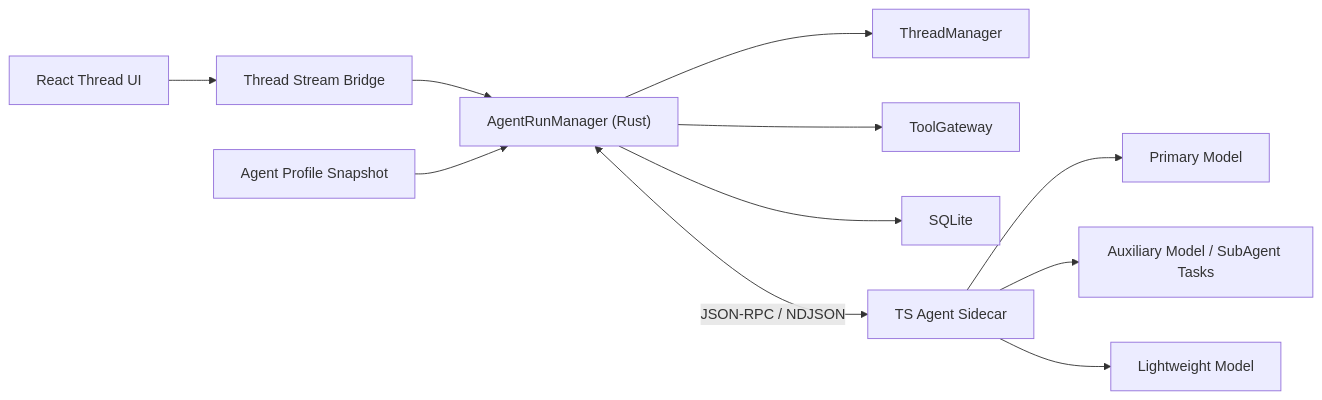
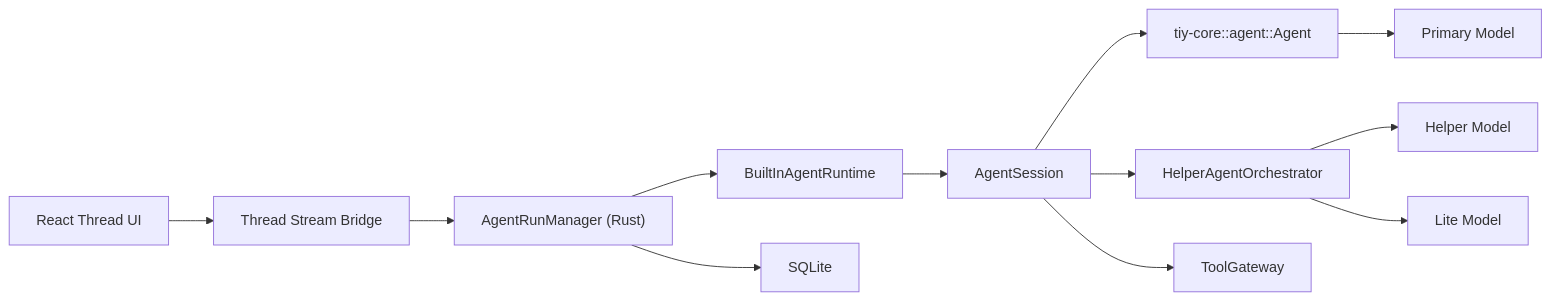
Before and after one commit to TiyAgents/tiycode: the first of 2 diagrams in docs/module/agent-run-design-20260316.md, drawn with Mermaid. The commit also changed other lines of this file and 6 other files, not shown here.

Commit message:
docs(agent): 📝 redesign runtime around tiy-core

````diff
--- a/docs/module/agent-run-design-20260316.md
+++ b/docs/module/agent-run-design-20260316.md
@@ -180,13 +130,14 @@
 ```mermaid
 flowchart LR
   UI["React Thread UI"] --> BRIDGE["Thread Stream Bridge"]
   BRIDGE --> ARM["AgentRunManager (Rust)"]
-  PROFILE["Agent Profile Snapshot"] --> ARM
-  ARM --> TM["ThreadManager"]
-  ARM --> TG["ToolGateway"]
+  ARM --> RUNTIME["BuiltInAgentRuntime"]
+  RUNTIME --> SESSION["AgentSession"]
+  SESSION --> KERNEL["tiy-core::agent::Agent"]
+  SESSION --> HELPER["HelperAgentOrchestrator"]
+  SESSION --> TG["ToolGateway"]
   ARM --> DB["SQLite"]
-  ARM <-->|JSON-RPC / NDJSON| SC["TS Agent Sidecar"]
-  SC --> MAIN["Primary Model"]
-  SC --> SUB["Auxiliary Model / SubAgent Tasks"]
-  SC --> LIGHT["Lightweight Model"]
+  KERNEL --> MAIN["Primary Model"]
+  HELPER --> AUX["Helper Model"]
+  HELPER --> LITE["Lite Model"]
 ```
````
